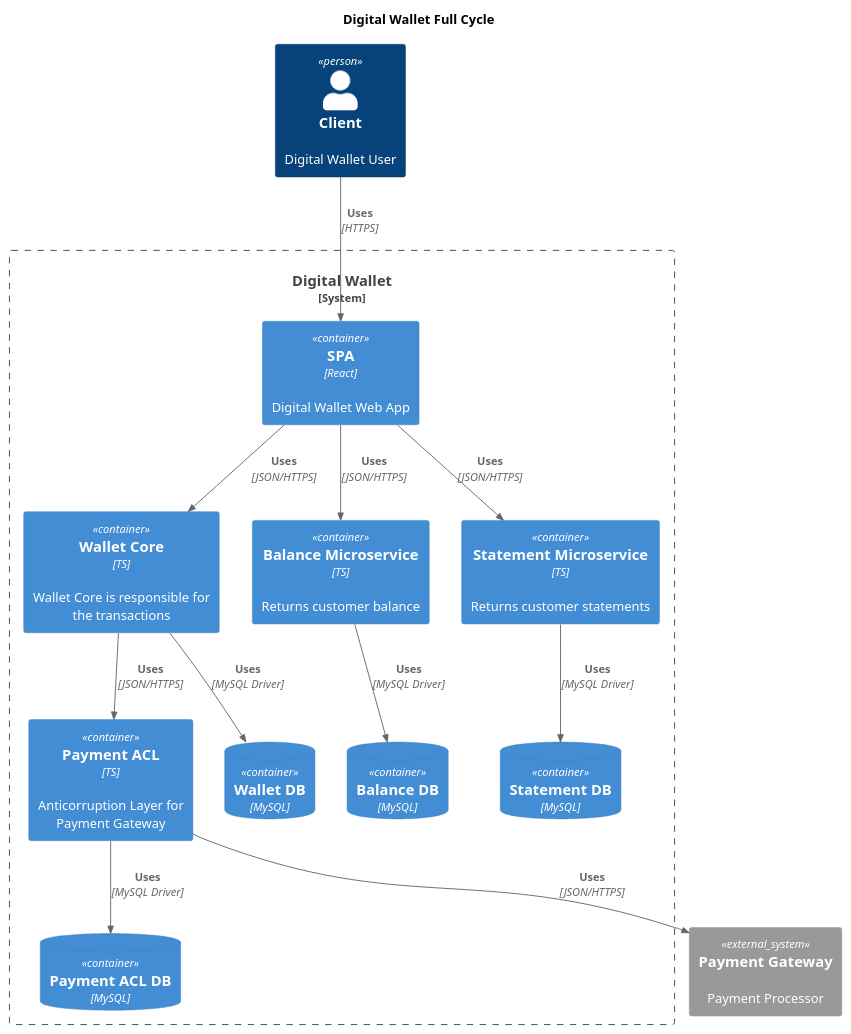
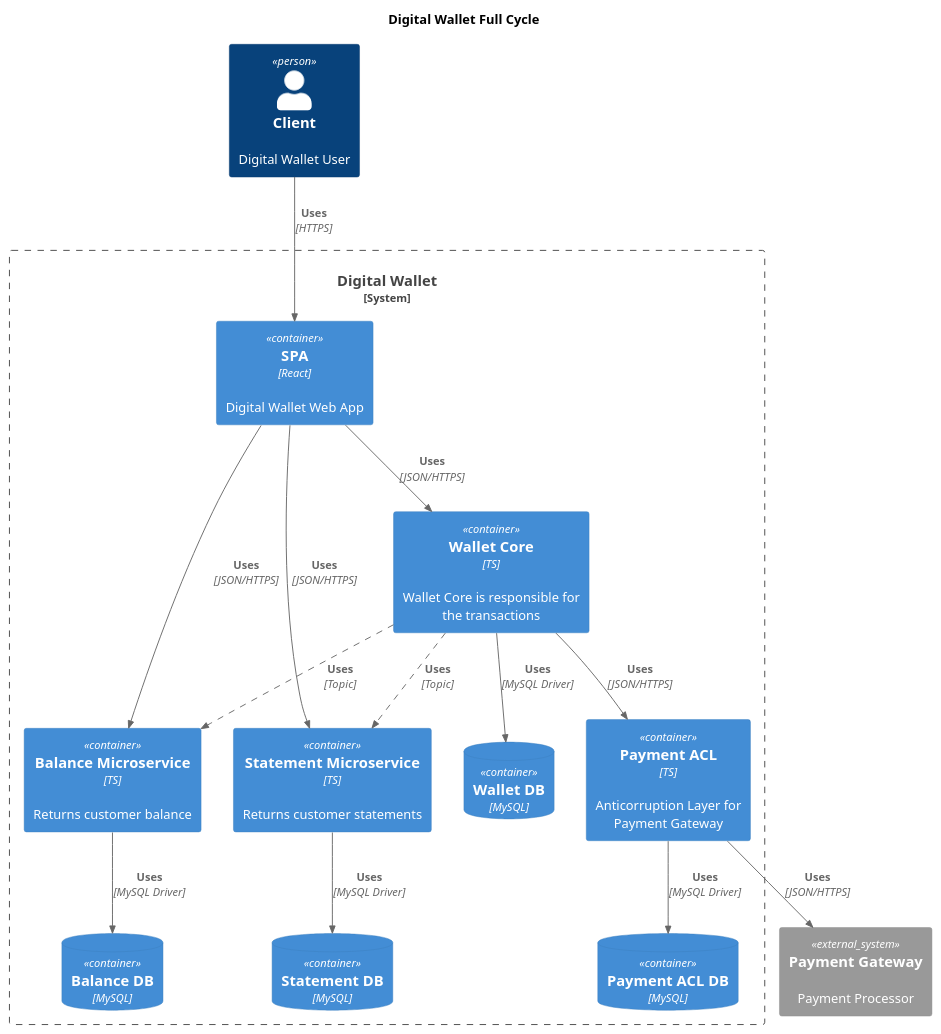
One commit to carolldominguess/myPlantUML-cursoFullCycle changed the diagram in containers.puml. Above: the diagram before and after it, drawn with PlantUML.

Commit message:
Add Chamadas Assincronas

```diff
--- a/containers.puml
+++ b/containers.puml
@@ -1,37 +1,42 @@
 @startuml   
 !include  https://raw.githubusercontent.com/plantuml-stdlib/C4-PlantUML/master/C4_Container.puml
+AddRelTag("async", $lineStyle = DashedLine())
 
 title "Digital Wallet Full Cycle"
 
 Person(client, "Client", "Digital Wallet User")
 System_Ext(payment_gateway, "Payment Gateway", "Payment Processor")
 
 System_Boundary(digital_wallet, "Digital Wallet"){
     Container(spa, "SPA", "React", "Digital Wallet Web App")
     Container(wallet_core, "Wallet Core", "TS", "Wallet Core is responsible for the transactions")
     Container(balance_service, "Balance Microservice", "TS", "Returns customer balance")
     Container(statement_service, "Statement Microservice", "TS", "Returns customer statements")
     Container(payment_acl, "Payment ACL", "TS", "Anticorruption Layer for Payment Gateway")
 
     ContainerDb(wallet_code_db, "Wallet DB", "MySQL")
     Rel(wallet_core, wallet_code_db, "Uses", "MySQL Driver")
 
     ContainerDb(balance_db, "Balance DB", "MySQL")
     Rel(balance_service, balance_db, "Uses", "MySQL Driver")
 
     ContainerDb(statament_db, "Statement DB", "MySQL")
     Rel(statement_service, statament_db, "Uses", "MySQL Driver")
 
     ContainerDb(payment_acl_db, "Payment ACL DB", "MySQL")
     Rel(payment_acl, payment_acl_db, "Uses", "MySQL Driver")
 
     Rel(client, spa, "Uses", "HTTPS")
     Rel(spa, wallet_core, "Uses", "JSON/HTTPS")
     Rel(spa, balance_service, "Uses", "JSON/HTTPS")
     Rel(spa, statement_service, "Uses", "JSON/HTTPS")
 
     Rel(wallet_core, payment_acl, "Uses", "JSON/HTTPS")
     Rel(payment_acl, payment_gateway, "Uses", "JSON/HTTPS")
+
+    Rel(wallet_core, balance_service, "Uses", "Topic", $tags = "async")
+    Rel(wallet_core, statement_service, "Uses", "Topic", $tags = "async")
+
 }
 
 @enduml
```
